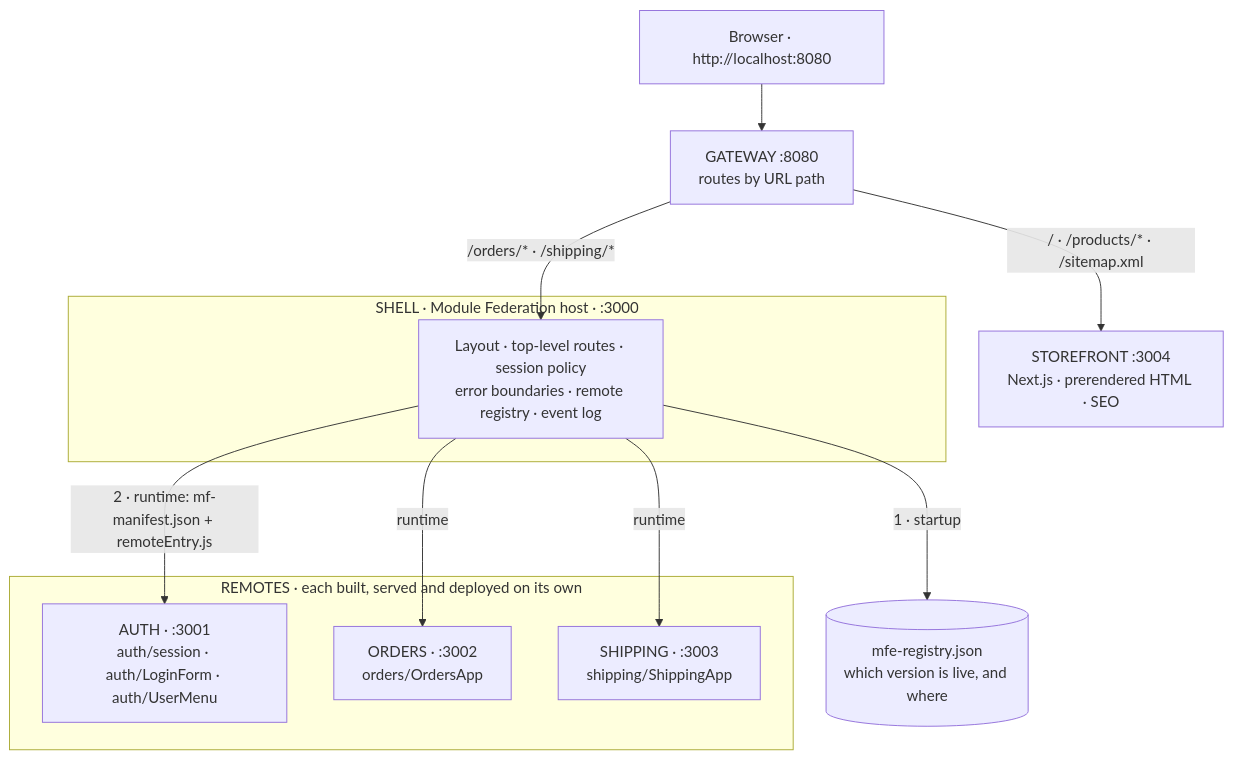
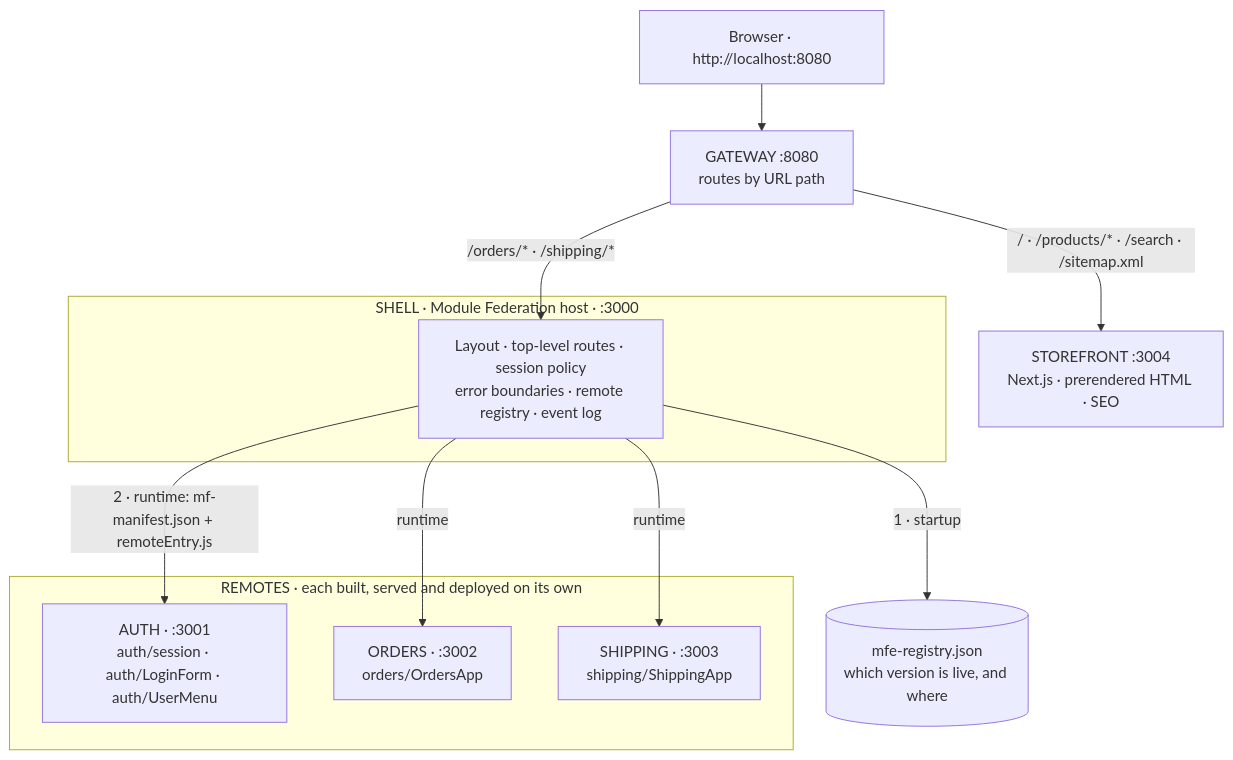
One commit to alireza-akbarzadeh/mciro changed the first of 2 diagrams in micro-shop/README.md. Above: the diagram before and after it, drawn with Mermaid. The commit also changed other lines of this file and 16 other files, not shown here.

````diff
--- a/micro-shop/README.md
+++ b/micro-shop/README.md
@@ -82,24 +82,24 @@
 ```mermaid
 flowchart TB
     browser["Browser · http://localhost:8080"] --> gateway["GATEWAY :8080<br/>routes by URL path"]
 
-    gateway -- "/ · /products/* · /sitemap.xml" --> storefront["STOREFRONT :3004<br/>Next.js · prerendered HTML · SEO"]
+    gateway -- "/ · /products/* · /search · /sitemap.xml" --> storefront["STOREFRONT :3004<br/>Next.js · prerendered HTML · SEO"]
     gateway -- "/orders/* · /shipping/*" --> shell
 
     subgraph shellBox["SHELL · Module Federation host · :3000"]
         shell["Layout · top-level routes · session policy<br/>error boundaries · remote registry · event log"]
     end
 
     subgraph remotesBox["REMOTES · each built, served and deployed on its own"]
         auth["AUTH · :3001<br/>auth/session · auth/LoginForm · auth/UserMenu"]
         orders["ORDERS · :3002<br/>orders/OrdersApp"]
         shipping["SHIPPING · :3003<br/>shipping/ShippingApp"]
     end
 
     registry[("mfe-registry.json<br/>which version is live, and where")]
 
     shell -- "1 · startup" --> registry
     shell -- "2 · runtime: mf-manifest.json + remoteEntry.js" --> auth
     shell -- "runtime" --> orders
     shell -- "runtime" --> shipping
 ```
````
